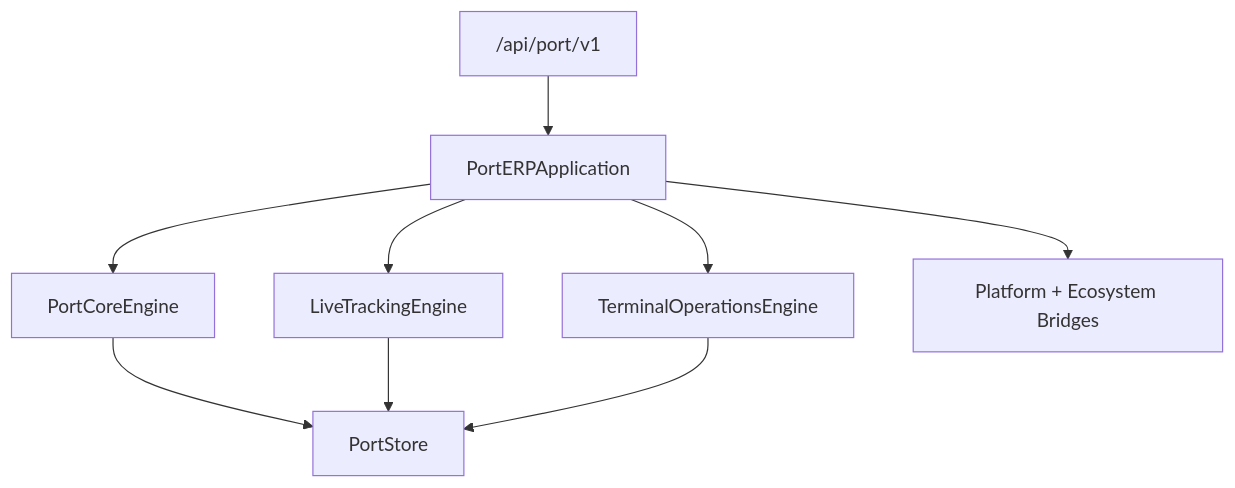
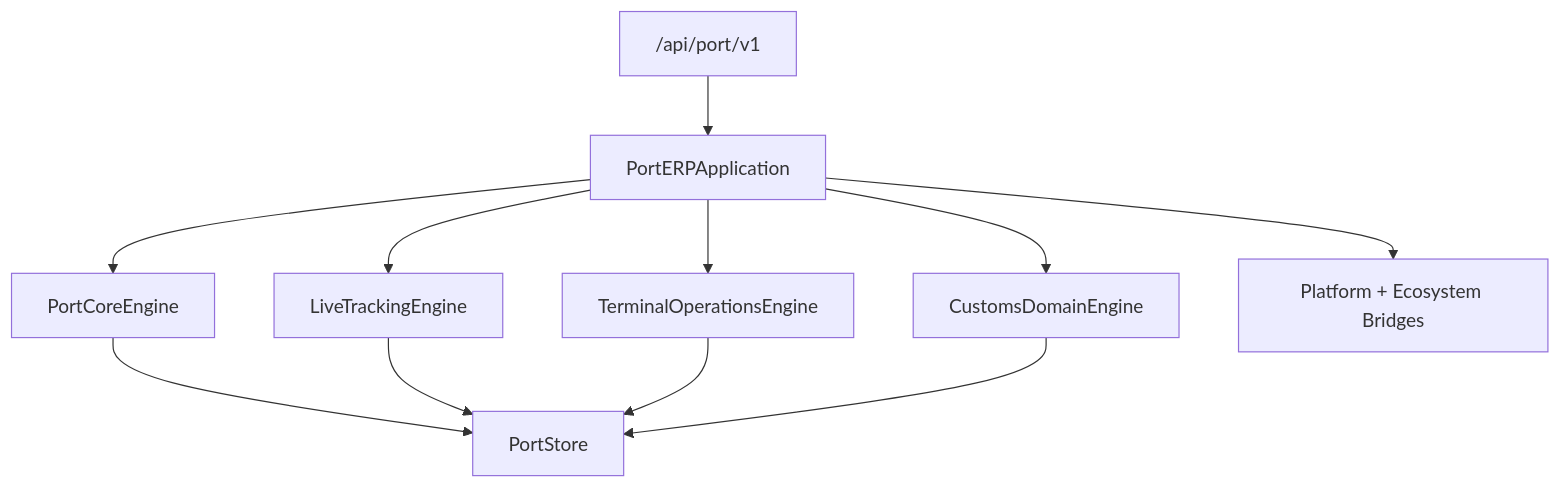
The diagram in docs/PORT_ERP.md (okeysiri11/telegram-ai-crm-bot), drawn with Mermaid before and after one commit. The commit also changed other lines of this file and 34 other files, not shown here.

````diff
--- a/docs/PORT_ERP.md
+++ b/docs/PORT_ERP.md
@@ -19,19 +20,22 @@
 ```mermaid
 flowchart TB
     API["/api/port/v1"]
     App[PortERPApplication]
     Core[PortCoreEngine]
     Track[LiveTrackingEngine]
     Terminal[TerminalOperationsEngine]
+    Customs[CustomsDomainEngine]
     Bridges[Platform + Ecosystem Bridges]
     Store[PortStore]
 
     API --> App
     App --> Core
     App --> Track
     App --> Terminal
+    App --> Customs
     Core --> Store
     Track --> Store
     Terminal --> Store
+    Customs --> Store
     App --> Bridges
 ```
````
